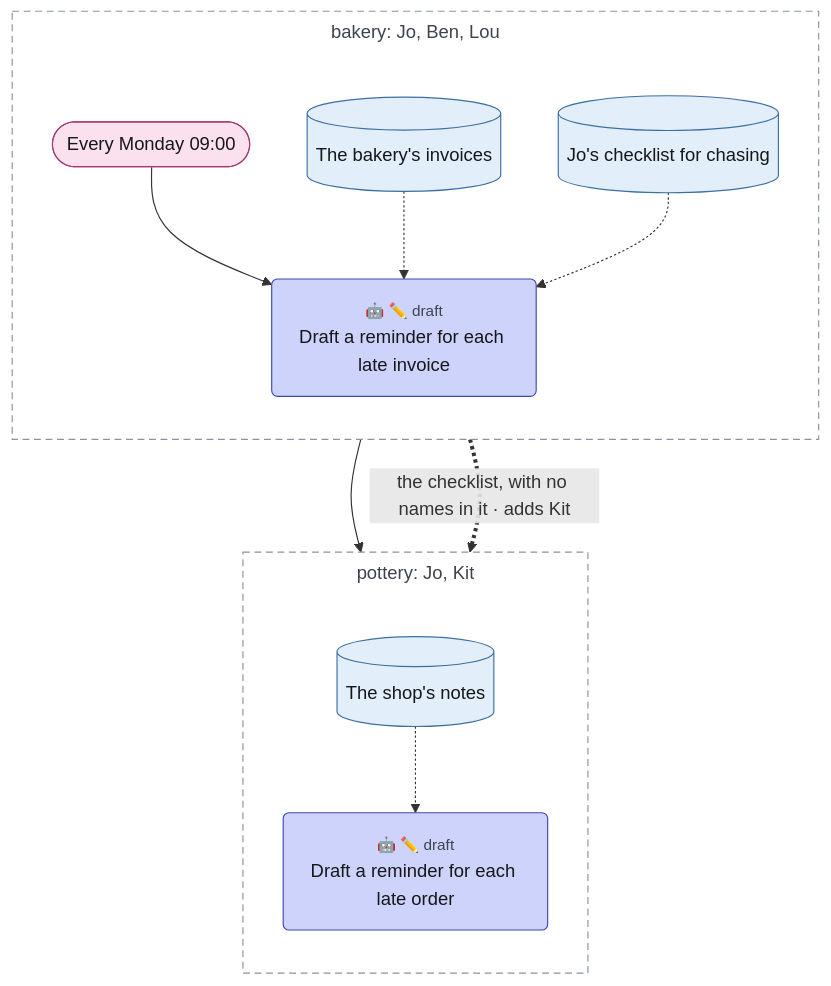
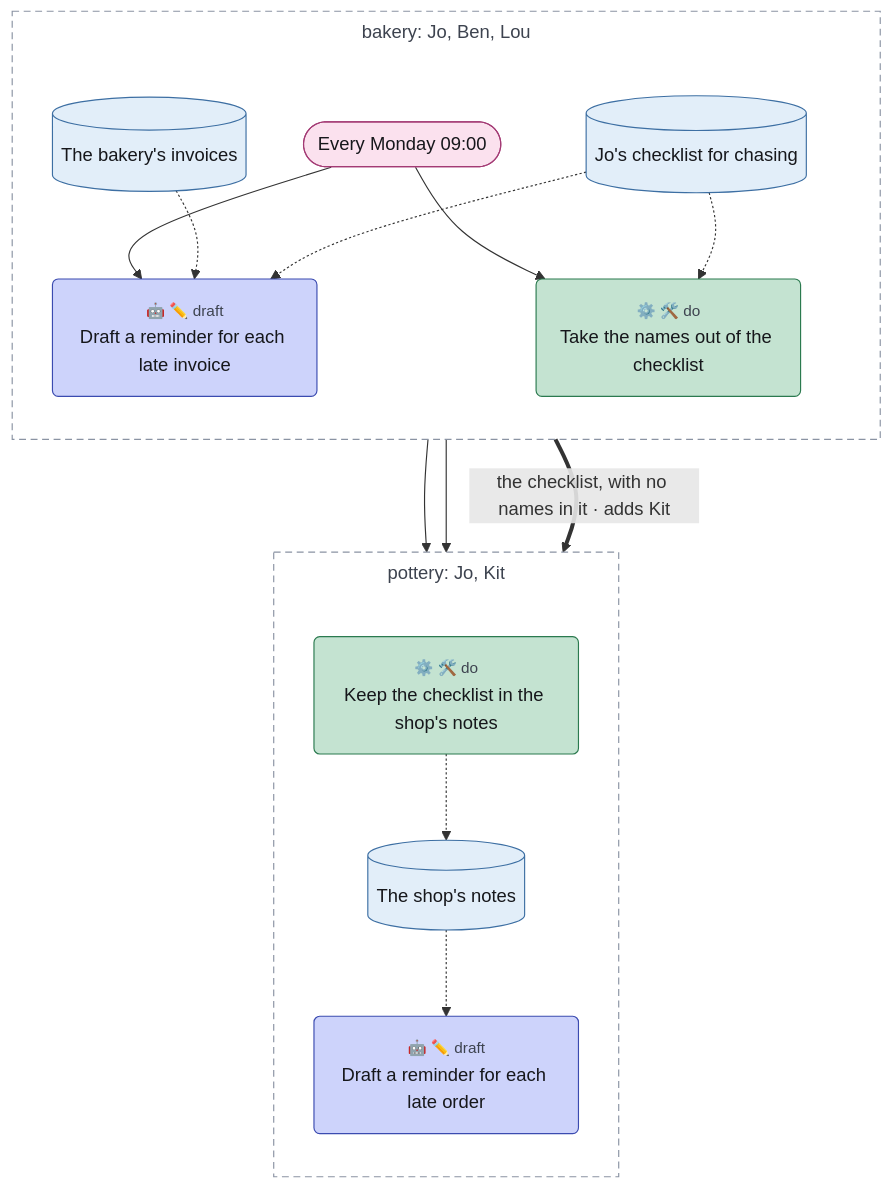
Before and after one commit to chrismdp/awml: the diagram in examples/tour/05-side-by-side.mmd, drawn with Mermaid. The commit also changed 89 other files, not shown here.

```diff
--- a/examples/tour/05-side-by-side.mmd
+++ b/examples/tour/05-side-by-side.mmd
@@ -1,45 +1,51 @@
 ---
 config:
   theme: default
   fontFamily: Inter, sans-serif
   flowchart:
     useMaxWidth: false
     subGraphTitleMargin:
       top: 6
       bottom: 30
 ---
 flowchart TB
   subgraph bakery["bakery#58; Jo#44; Ben#44; Lou"]
     direction TB
     monday(["Every Monday 09#58;00"])
     invoices[("The bakery#39;s invoices")]
     checklist[("Jo#39;s checklist for chasing")]
     chase("<small style='color:rgb(61,67,79)'>🤖 ✏️ draft</small><br>Draft a reminder for each late invoice")
+    copy("<small style='color:rgb(61,67,79)'>⚙️ 🛠️ do</small><br>Take the names out of the checklist")
   end
   subgraph pottery["pottery#58; Jo#44; Kit"]
     direction TB
+    keep("<small style='color:rgb(61,67,79)'>⚙️ 🛠️ do</small><br>Keep the checklist in the shop#39;s notes")
     shop_notes[("The shop#39;s notes")]
     remind("<small style='color:rgb(61,67,79)'>🤖 ✏️ draft</small><br>Draft a reminder for each late order")
   end
 
   monday --> chase
+  monday --> copy
   monday --> remind
   invoices -.-> chase
   checklist -.-> chase
-  checklist ==>|"the checklist#44; with no names in it · adds Kit"| shop_notes
+  checklist -.-> copy
+  copy --> keep
+  copy ==>|"the checklist#44; with no names in it · adds Kit"| keep
+  keep -.-> shop_notes
   shop_notes -.-> remind
   classDef trig fill:#fbe1ee,stroke:#a33a74,color:#16171b
   classDef ctx fill:#e2eef9,stroke:#3d6fa3,color:#16171b
   classDef con fill:#eceef2,stroke:#5d6472,color:#16171b
   classDef surf fill:#ffffff,stroke:#2a2d35,stroke-width:1.5px,color:#16171b
   classDef out fill:#fde4dc,stroke:#b5532f,color:#16171b
   classDef ai fill:#cdd3fb,stroke:#3b4bb0,color:#16171b
   classDef code fill:#c4e3d1,stroke:#2b7a4f,color:#16171b
   classDef person fill:#f7d79a,stroke:#9a6100,color:#16171b
   classDef gap fill:#ffffff,stroke:#8a93a3,stroke-dasharray:4 3,color:#6b7280
   class monday trig
   class invoices,checklist,shop_notes ctx
   class chase,remind ai
+  class copy,keep code
   style bakery fill:transparent,stroke:#8a93a3,stroke-dasharray:6 4,color:#3d434f
   style pottery fill:transparent,stroke:#8a93a3,stroke-dasharray:6 4,color:#3d434f
-  linkStyle 4 stroke-dasharray:3
```
